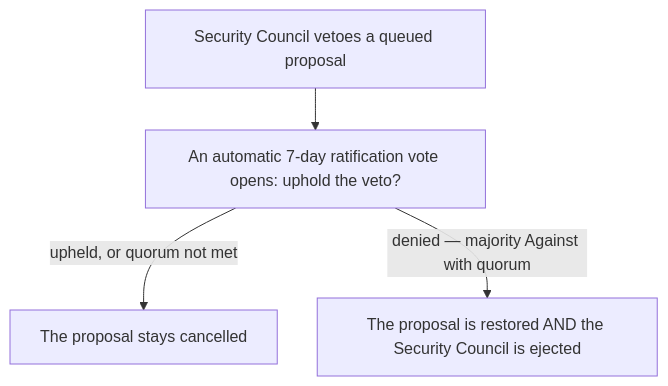
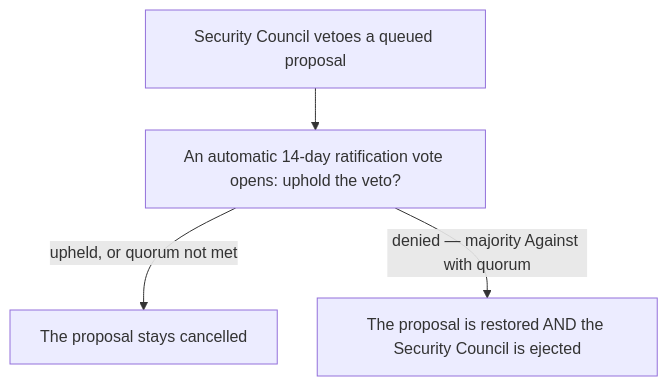
Before and after one commit to ship-armada/armada-docs: the diagram in docs/governance/security-council.md, drawn with Mermaid. The commit also changed other lines of this file and 23 other files, not shown here.

````diff
--- a/docs/governance/security-council.md
+++ b/docs/governance/security-council.md
@@ -22,7 +20,7 @@
 ```mermaid
 %%{init: {"flowchart": {"wrappingWidth": 280, "nodeSpacing": 40, "rankSpacing": 42}, "themeVariables": {"fontSize": "16px"}}}%%
 flowchart TB
-  V["Security Council vetoes a queued proposal"] --> R["An automatic 7-day ratification vote opens: uphold the veto?"]
+  V["Security Council vetoes a queued proposal"] --> R["An automatic 14-day ratification vote opens: uphold the veto?"]
   R -->|"upheld, or quorum not met"| U["The proposal stays cancelled"]
   R -->|"denied — majority Against with quorum"| D["The proposal is restored AND the Security Council is ejected"]
 ```
````
